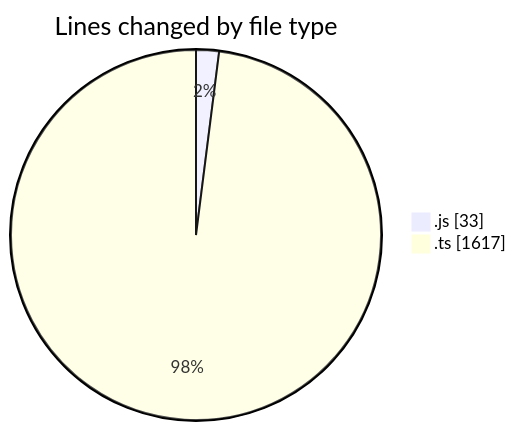
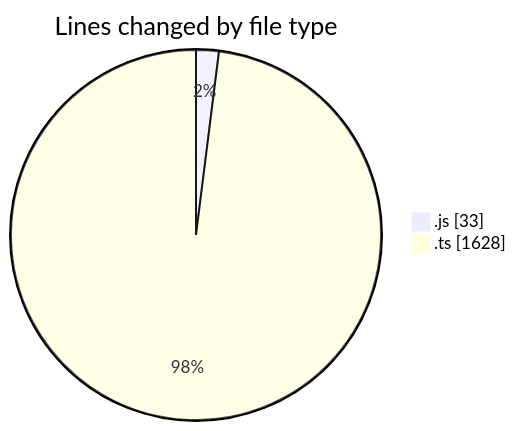
One commit to momahboobian/code-tracking changed the first of 2 diagrams in 2025-09-08/cda/README.md. Above: the diagram before and after it, drawn with Mermaid. The commit also changed other lines of this file and 1 other file, not shown here.

````diff
--- a/2025-09-08/cda/README.md
+++ b/2025-09-08/cda/README.md
@@ -22,6 +22,6 @@
 ```mermaid
 pie showData
 title Lines changed by file type
 ".js" : 33
-".ts" : 1617
+".ts" : 1628
 ```
````
